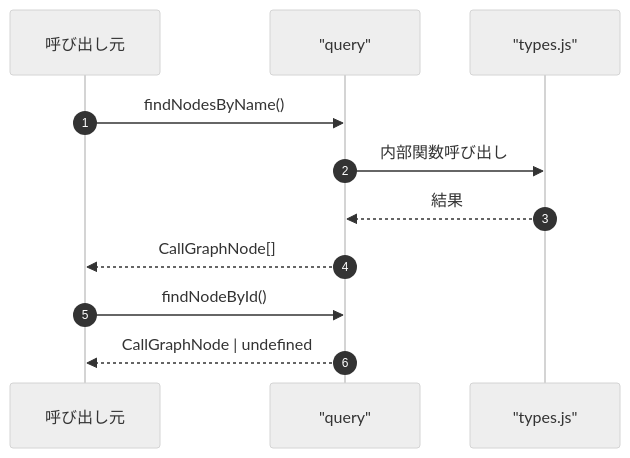
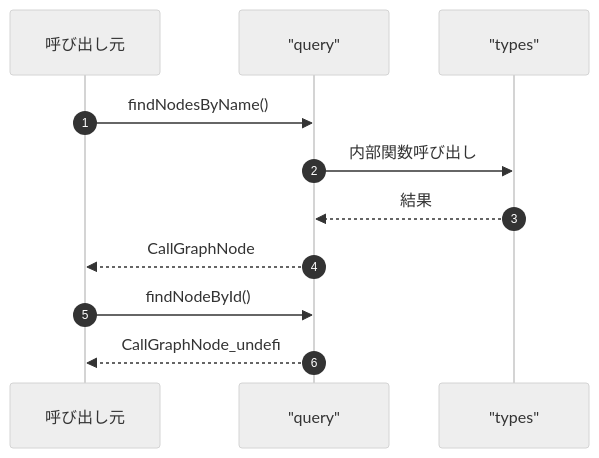
The fourth of 4 diagrams in ABDD/.pi/extensions/search/call-graph/query.md (Mekann2904/mekann), drawn with Mermaid (neutral theme) before and after one commit. The commit also changed other lines of this file and 174 other files, not shown here.

First line of the commit message:
fix(docs): ABDDのMermaid図生成エラーを修正する

````diff
--- a/ABDD/.pi/extensions/search/call-graph/query.md
+++ b/ABDD/.pi/extensions/search/call-graph/query.md
@@ -79,15 +79,15 @@
 ```mermaid
 sequenceDiagram
   autonumber
   participant Caller as 呼び出し元
   participant query as "query"
-  participant types_js as "types.js"
+  participant types as "types"
 
   Caller->>query: findNodesByName()
-  query->>types_js: 内部関数呼び出し
-  types_js-->>query: 結果
-  query-->>Caller: CallGraphNode[]
+  query->>types: 内部関数呼び出し
+  types-->>query: 結果
+  query-->>Caller: CallGraphNode
 
   Caller->>query: findNodeById()
-  query-->>Caller: CallGraphNode | undefined
+  query-->>Caller: CallGraphNode_undefi
 ```
````
